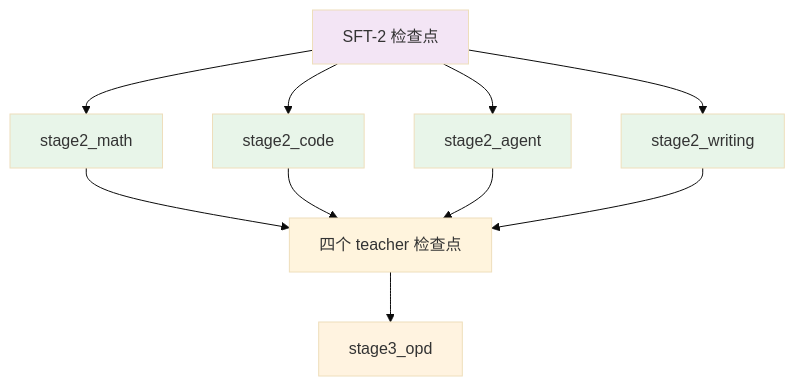
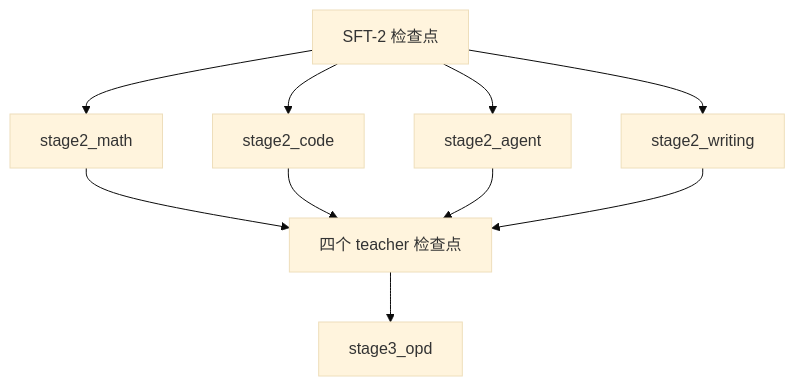
The diagram in src/shensi/recipes/paper/looma/stage2_rl/README.md (zongzhilou/shensi), drawn with Mermaid (base theme) before and after one commit. The commit also changed other lines of this file and 243 other files, not shown here.

````diff
--- a/src/shensi/recipes/paper/looma/stage2_rl/README.md
+++ b/src/shensi/recipes/paper/looma/stage2_rl/README.md
@@ -140,18 +138,12 @@
 ```mermaid
 flowchart TB
     sft["SFT-2 检查点"] --> math["stage2_math"]
     sft --> code["stage2_code"]
     sft --> agent["stage2_agent"]
     sft --> writing["stage2_writing"]
     math --> t["四个 teacher 检查点"]
     code --> t
     agent --> t
     writing --> t
     t --> next["stage3_opd"]
-    style sft fill:#f3e5f5
-    style math fill:#e8f5e9
-    style code fill:#e8f5e9
-    style agent fill:#e8f5e9
-    style writing fill:#e8f5e9
-    style next fill:#fff3e0
 ```
````
